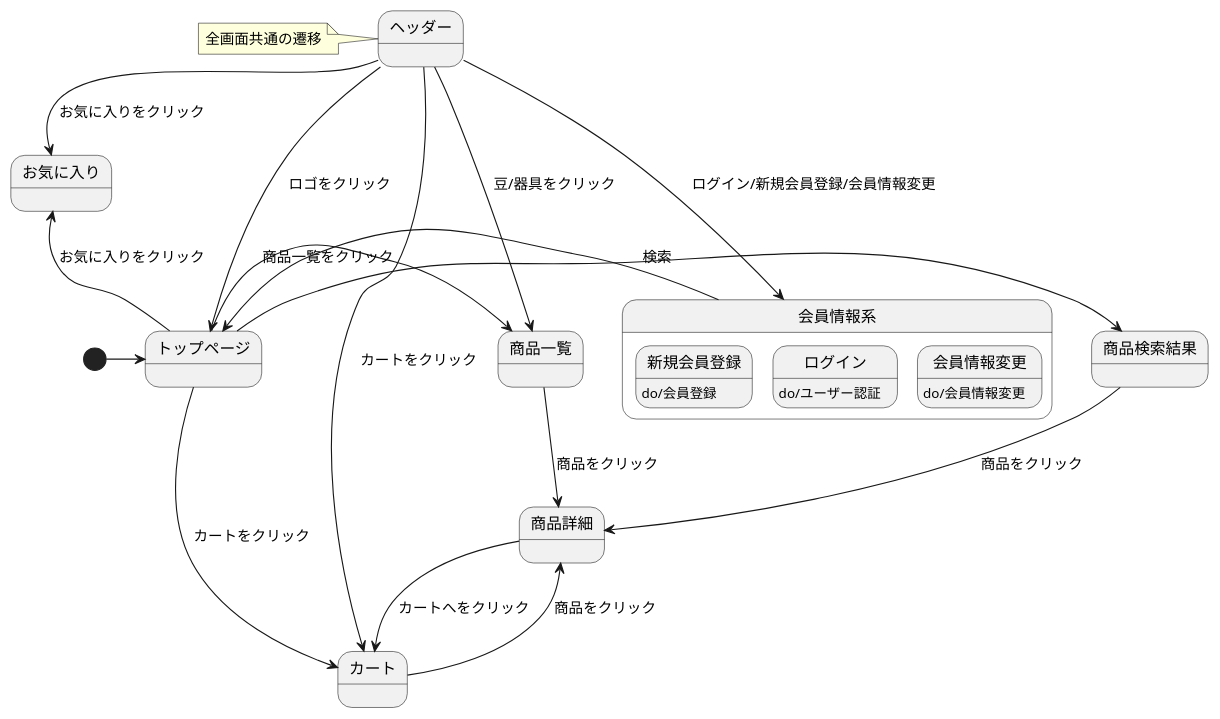
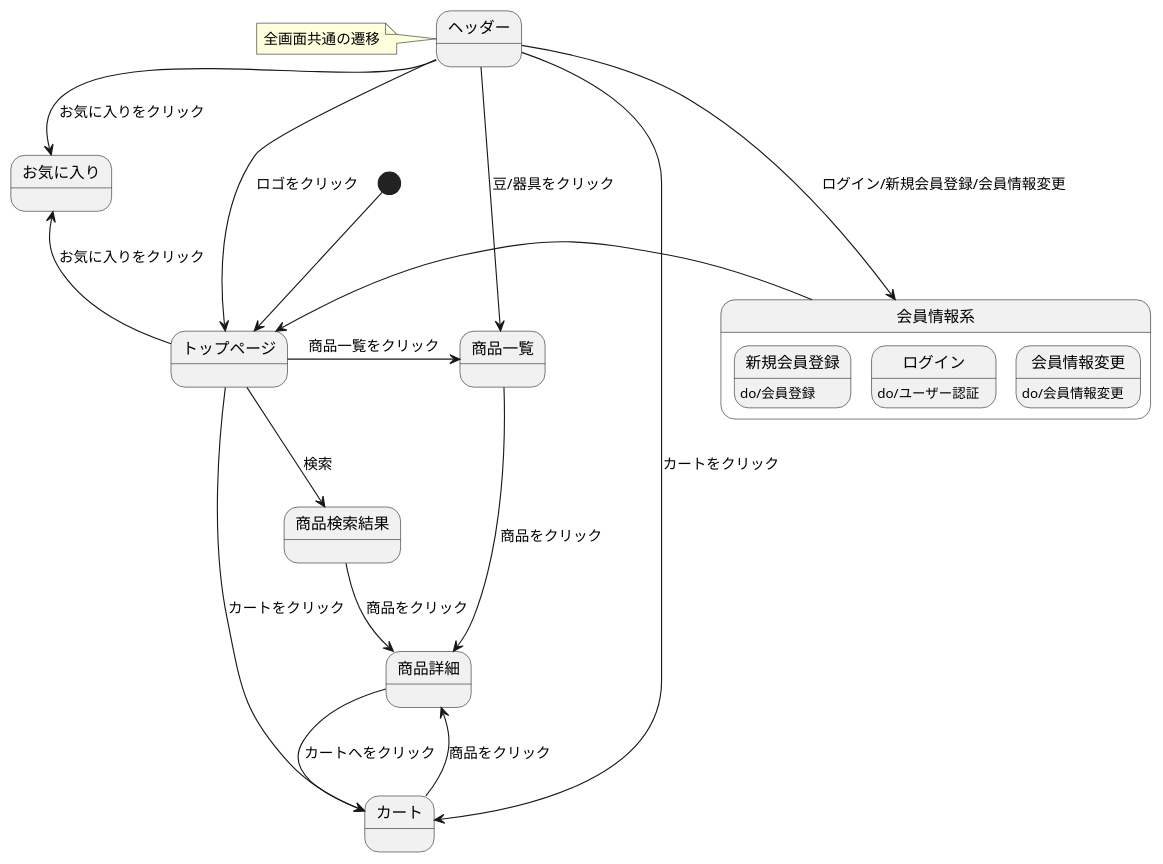
Before and after one commit to Aso2101122/coffeeEC: the diagram in 03_画面遷移図/stm_03.md, drawn with PlantUML.

````diff
--- a/03_画面遷移図/stm_03.md
+++ b/03_画面遷移図/stm_03.md
@@ -2,31 +2,31 @@
 ```uml
 @startuml
-[*]->トップページ
-トップページ->商品検索結果: 検索
+[*]-down->トップページ
+トップページ-->商品検索結果: 検索
 トップページ-right->商品一覧: 商品一覧をクリック
 商品一覧->商品詳細: 商品をクリック
 商品検索結果-down->商品詳細: 商品をクリック
 商品詳細-->カート: カートへをクリック
 トップページ--up>お気に入り: お気に入りをクリック
 トップページ-->カート: カートをクリック
 カート->商品詳細: 商品をクリック
 
 state ヘッダー{
 }
 note left of ヘッダー: 全画面共通の遷移
 
 
 ヘッダー-down->トップページ: ロゴをクリック
 ヘッダー-down->商品一覧: 豆/器具をクリック
 ヘッダー-down->会員情報系: ログイン/新規会員登録/会員情報変更
 ヘッダー-down->お気に入り: お気に入りをクリック
 ヘッダー-down->カート: カートをクリック
 
 state 会員情報系{
 新規会員登録 : do/会員登録
 ログイン : do/ユーザー認証
 会員情報変更 : do/会員情報変更
 }
 会員情報系-left->トップページ
 @enduml
 ```
````
